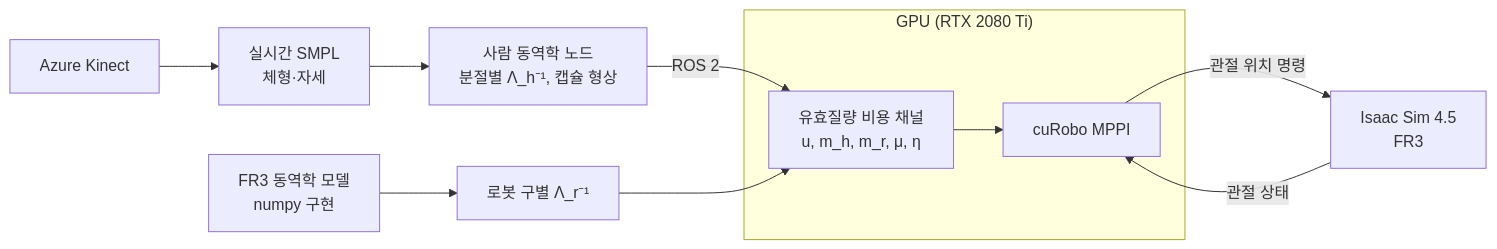
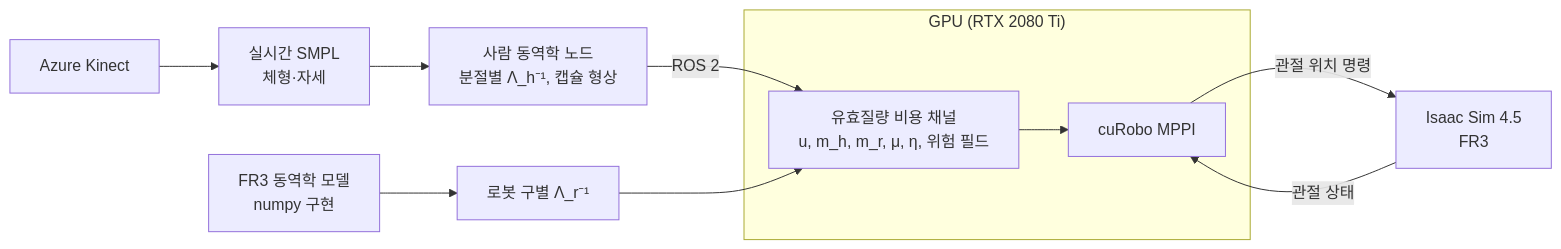
Before and after one commit to ukhyeon/effmass-mpc: the diagram in README.md, drawn with Mermaid. The commit also changed other lines of this file and 12 other files, not shown here.

````diff
--- a/README.md
+++ b/README.md
@@ -126,13 +159,13 @@
 ```mermaid
 flowchart LR
     K[Azure Kinect] --> S[실시간 SMPL<br/>체형·자세]
     S --> H[사람 동역학 노드<br/>분절별 Λ_h⁻¹, 캡슐 형상]
     R[FR3 동역학 모델<br/>numpy 구현] --> RR[로봇 구별 Λ_r⁻¹]
     H -->|ROS 2| C
     RR --> C
     subgraph GPU["GPU (RTX 2080 Ti)"]
-      C[유효질량 비용 채널<br/>u, m_h, m_r, μ, η] --> M[cuRobo MPPI]
+      C[유효질량 비용 채널<br/>u, m_h, m_r, μ, η, 위험 필드] --> M[cuRobo MPPI]
     end
     M -->|관절 위치 명령| I[Isaac Sim 4.5<br/>FR3]
     I -->|관절 상태| M
 ```
````
